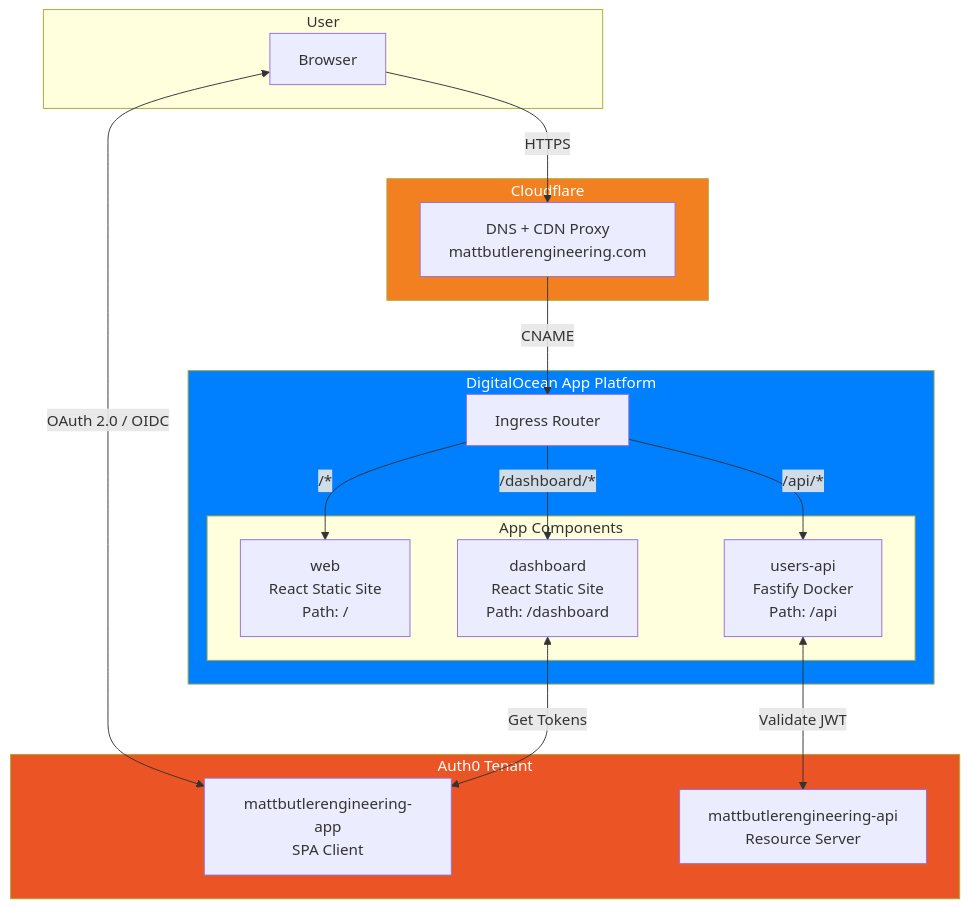
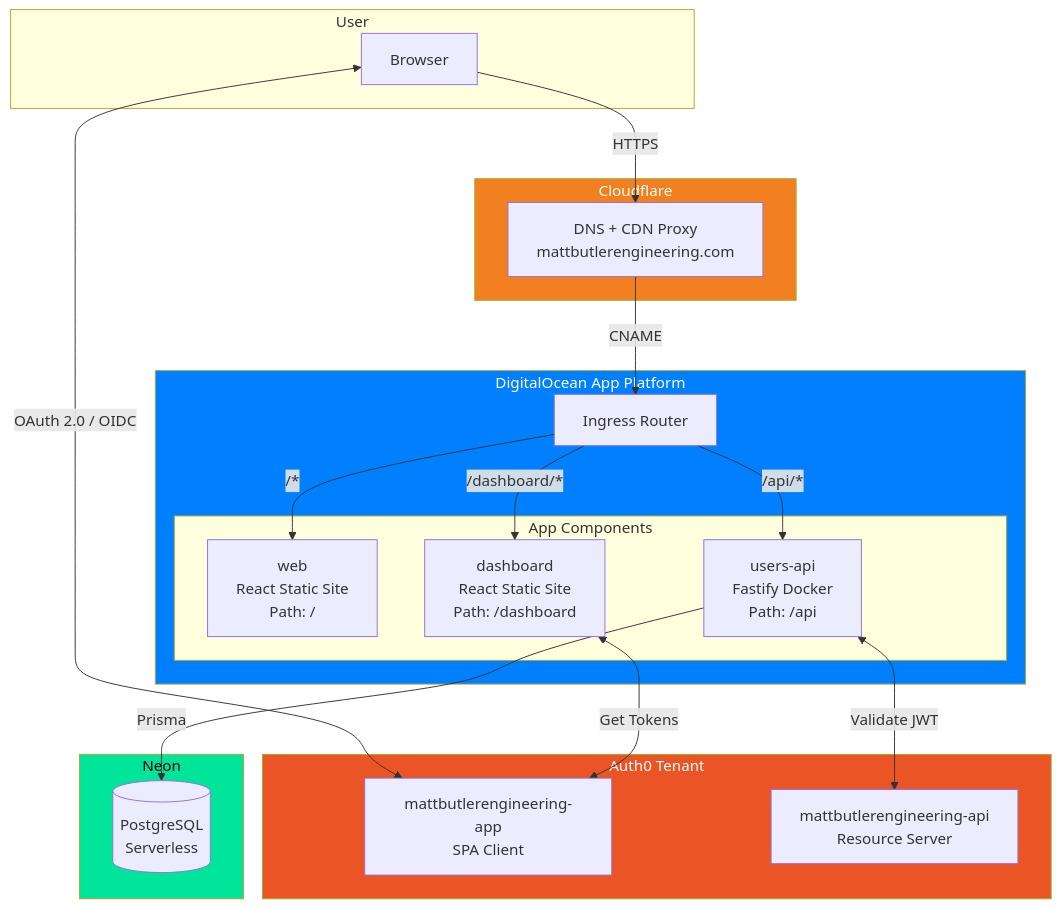
The first of 2 diagrams in docs/ARCHITECTURE.md (mattbutlerengineering/mattbutlerengineering), drawn with Mermaid before and after one commit. The commit also changed other lines of this file and 2 other files, not shown here.

First line of the commit message:
Add Neon PostgreSQL database

````diff
--- a/docs/ARCHITECTURE.md
+++ b/docs/ARCHITECTURE.md
@@ -62,40 +62,47 @@
 ```mermaid
 flowchart TB
     subgraph User
         Browser[Browser]
     end
 
     subgraph Auth0[Auth0 Tenant]
         SPA[mattbutlerengineering-app<br/>SPA Client]
         API_RS[mattbutlerengineering-api<br/>Resource Server]
     end
 
     subgraph Cloudflare[Cloudflare]
         DNS[DNS + CDN Proxy<br/>mattbutlerengineering.com]
+    end
+
+    subgraph Neon[Neon]
+        DB[(PostgreSQL<br/>Serverless)]
     end
 
     subgraph DO[DigitalOcean App Platform]
         Ingress[Ingress Router]
 
         subgraph Components[App Components]
             Web[web<br/>React Static Site<br/>Path: /]
             Dashboard[dashboard<br/>React Static Site<br/>Path: /dashboard]
             UsersAPI[users-api<br/>Fastify Docker<br/>Path: /api]
         end
     end
 
     Browser -->|HTTPS| DNS
     DNS -->|CNAME| Ingress
 
     Ingress -->|"/*"| Web
     Ingress -->|"/dashboard/*"| Dashboard
     Ingress -->|"/api/*"| UsersAPI
 
+    UsersAPI -->|Prisma| DB
+
     Browser <-->|OAuth 2.0 / OIDC| SPA
     Dashboard <-->|Get Tokens| SPA
     UsersAPI <-->|Validate JWT| API_RS
 
     style Auth0 fill:#eb5424,color:#fff
     style Cloudflare fill:#f38020,color:#fff
     style DO fill:#0080ff,color:#fff
+    style Neon fill:#00e599,color:#000
 ```
````
